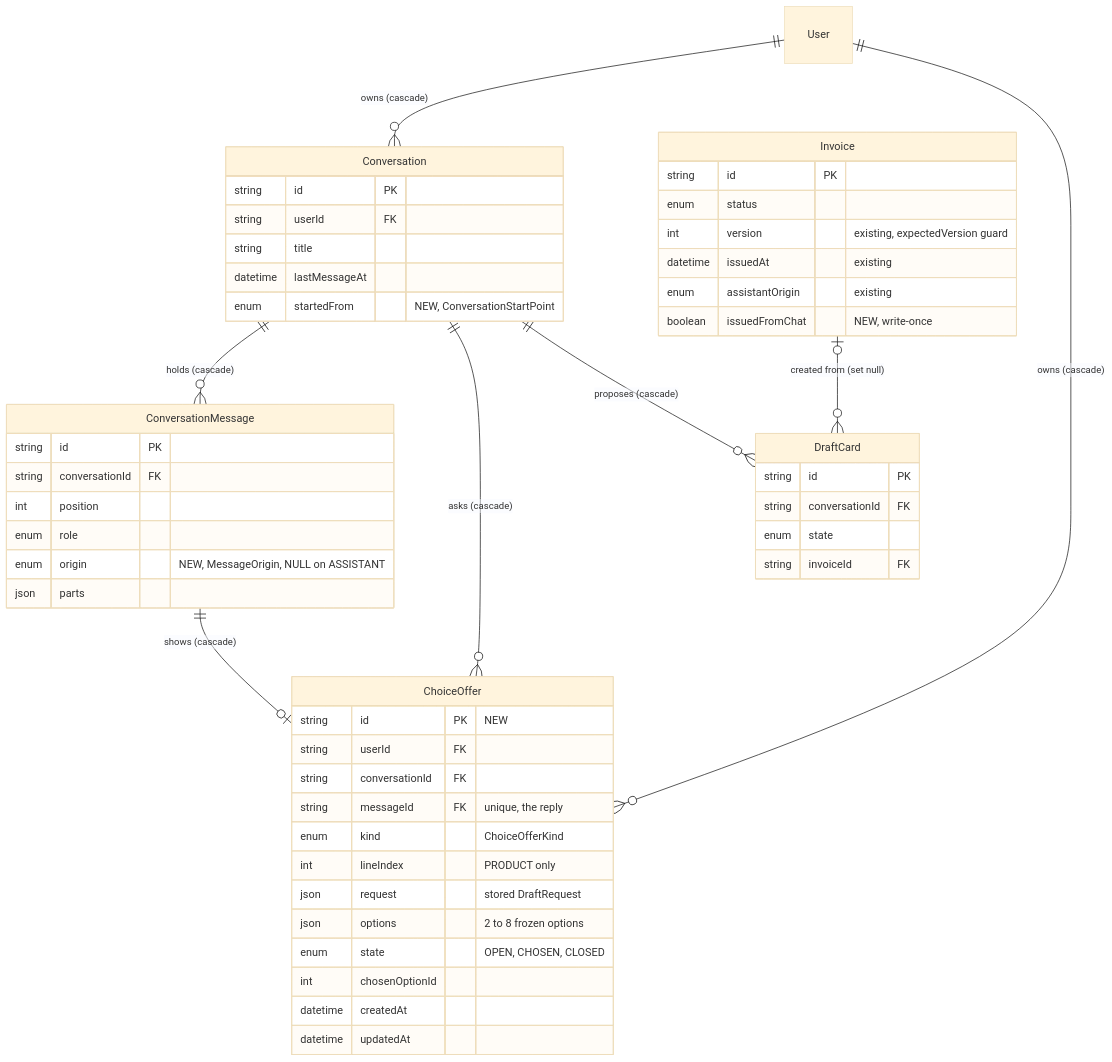
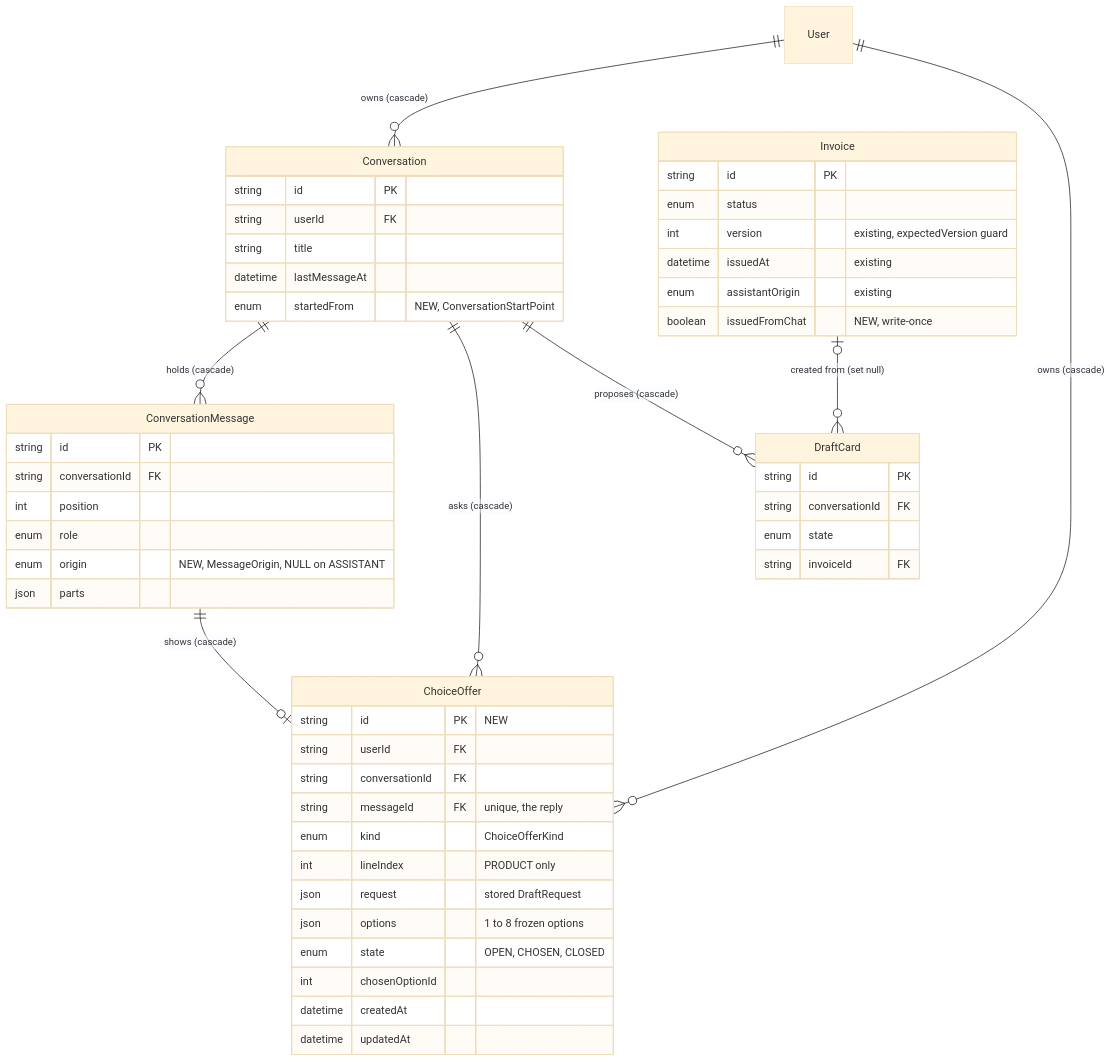
One commit to GopkoDev/invoiceForge changed the diagram in docs/features/ai-chat-v2/data-model.md. Above: the diagram before and after it, drawn with Mermaid (base theme). The commit also changed other lines of this file and 3 other files, not shown here.

````diff
--- a/docs/features/ai-chat-v2/data-model.md
+++ b/docs/features/ai-chat-v2/data-model.md
@@ -35,54 +35,54 @@
 ```mermaid
 erDiagram
     User ||--o{ Conversation : "owns (cascade)"
     User ||--o{ ChoiceOffer : "owns (cascade)"
     Conversation ||--o{ ConversationMessage : "holds (cascade)"
     Conversation ||--o{ ChoiceOffer : "asks (cascade)"
     ConversationMessage ||--o| ChoiceOffer : "shows (cascade)"
     Conversation ||--o{ DraftCard : "proposes (cascade)"
     Invoice |o--o{ DraftCard : "created from (set null)"
 
     Conversation {
         string id PK
         string userId FK
         string title
         datetime lastMessageAt
         enum startedFrom "NEW, ConversationStartPoint"
     }
     ConversationMessage {
         string id PK
         string conversationId FK
         int position
         enum role
         enum origin "NEW, MessageOrigin, NULL on ASSISTANT"
         json parts
     }
     ChoiceOffer {
         string id PK "NEW"
         string userId FK
         string conversationId FK
         string messageId FK "unique, the reply"
         enum kind "ChoiceOfferKind"
         int lineIndex "PRODUCT only"
         json request "stored DraftRequest"
-        json options "2 to 8 frozen options"
+        json options "1 to 8 frozen options"
         enum state "OPEN, CHOSEN, CLOSED"
         int chosenOptionId
         datetime createdAt
         datetime updatedAt
     }
     DraftCard {
         string id PK
         string conversationId FK
         enum state
         string invoiceId FK
     }
     Invoice {
         string id PK
         enum status
         int version "existing, expectedVersion guard"
         datetime issuedAt "existing"
         enum assistantOrigin "existing"
         boolean issuedFromChat "NEW, write-once"
     }
 ```
````
